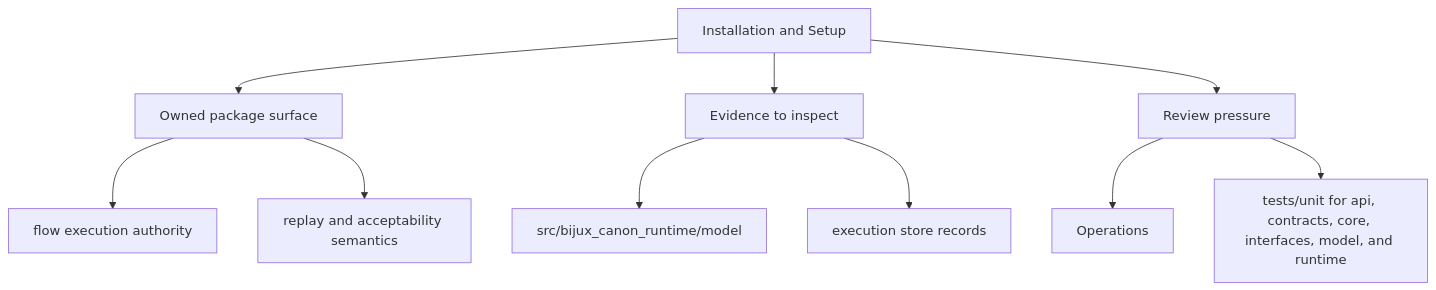
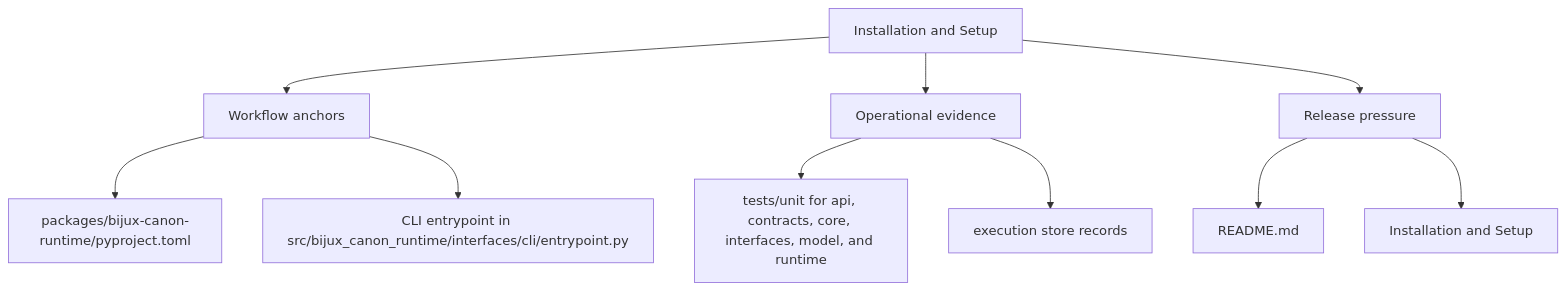
Before and after one commit to bijux/bijux-canon: the second of 2 diagrams in docs/bijux-canon-runtime/operations/installation-and-setup.md, drawn with Mermaid. The commit also changed other lines of this file and 250 other files, not shown here.

Commit message:
docs(diagrams): make product page maps more readable

````diff
--- a/docs/bijux-canon-runtime/operations/installation-and-setup.md
+++ b/docs/bijux-canon-runtime/operations/installation-and-setup.md
@@ -35,22 +35,22 @@
 ```mermaid
 flowchart TD
     page["Installation and Setup"]
-    focus1["Owned package surface"]
+    focus1["Workflow anchors"]
     page --> focus1
-    focus1_1["flow execution authority"]
+    focus1_1["packages/bijux-canon-runtime/pyproject.toml"]
     focus1 --> focus1_1
-    focus1_2["replay and acceptability semantics"]
+    focus1_2["CLI entrypoint in src/bijux_canon_runtime/interfaces/cli/entrypoint.py"]
     focus1 --> focus1_2
-    focus2["Evidence to inspect"]
+    focus2["Operational evidence"]
     page --> focus2
-    focus2_1["src/bijux_canon_runtime/model"]
+    focus2_1["tests/unit for api, contracts, core, interfaces, model, and runtime"]
     focus2 --> focus2_1
     focus2_2["execution store records"]
     focus2 --> focus2_2
-    focus3["Review pressure"]
+    focus3["Release pressure"]
     page --> focus3
-    focus3_1["Operations"]
+    focus3_1["README.md"]
     focus3 --> focus3_1
-    focus3_2["tests/unit for api, contracts, core, interfaces, model, and runtime"]
+    focus3_2["Installation and Setup"]
     focus3 --> focus3_2
 ```
````
